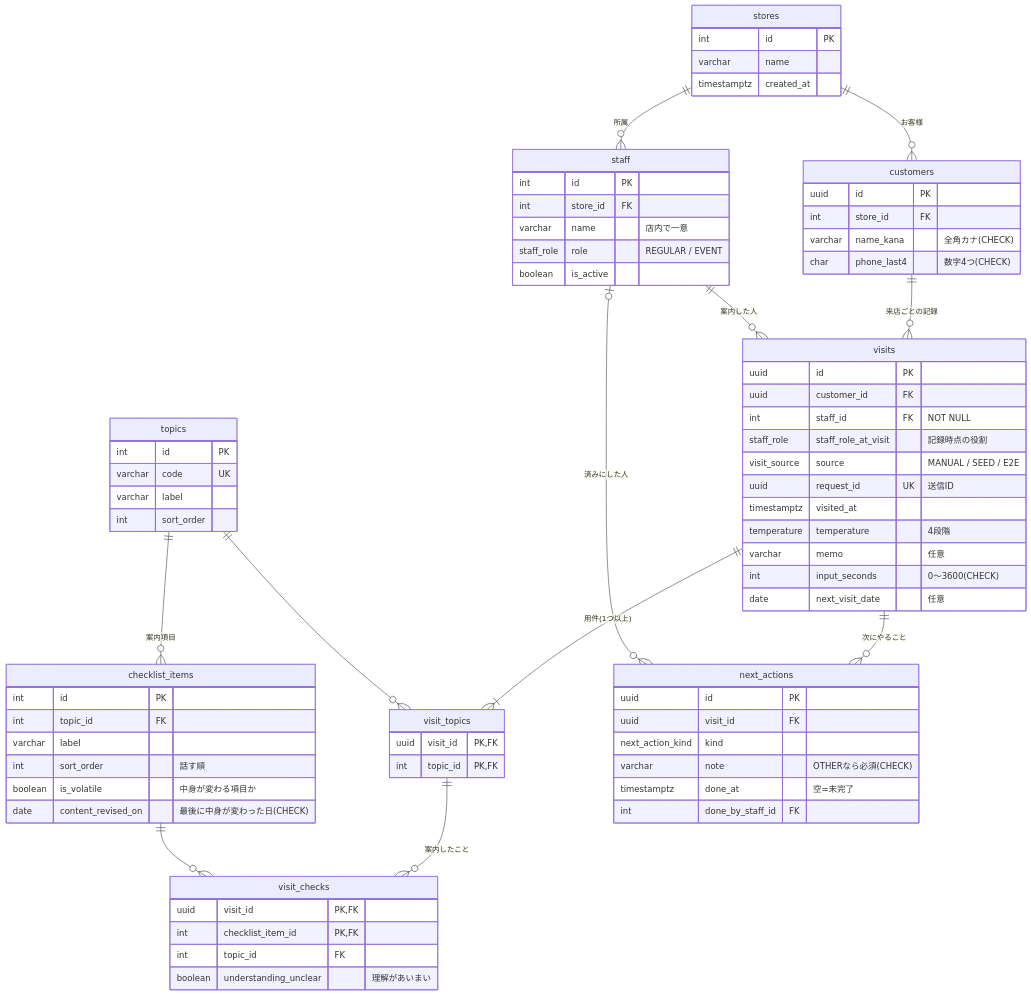
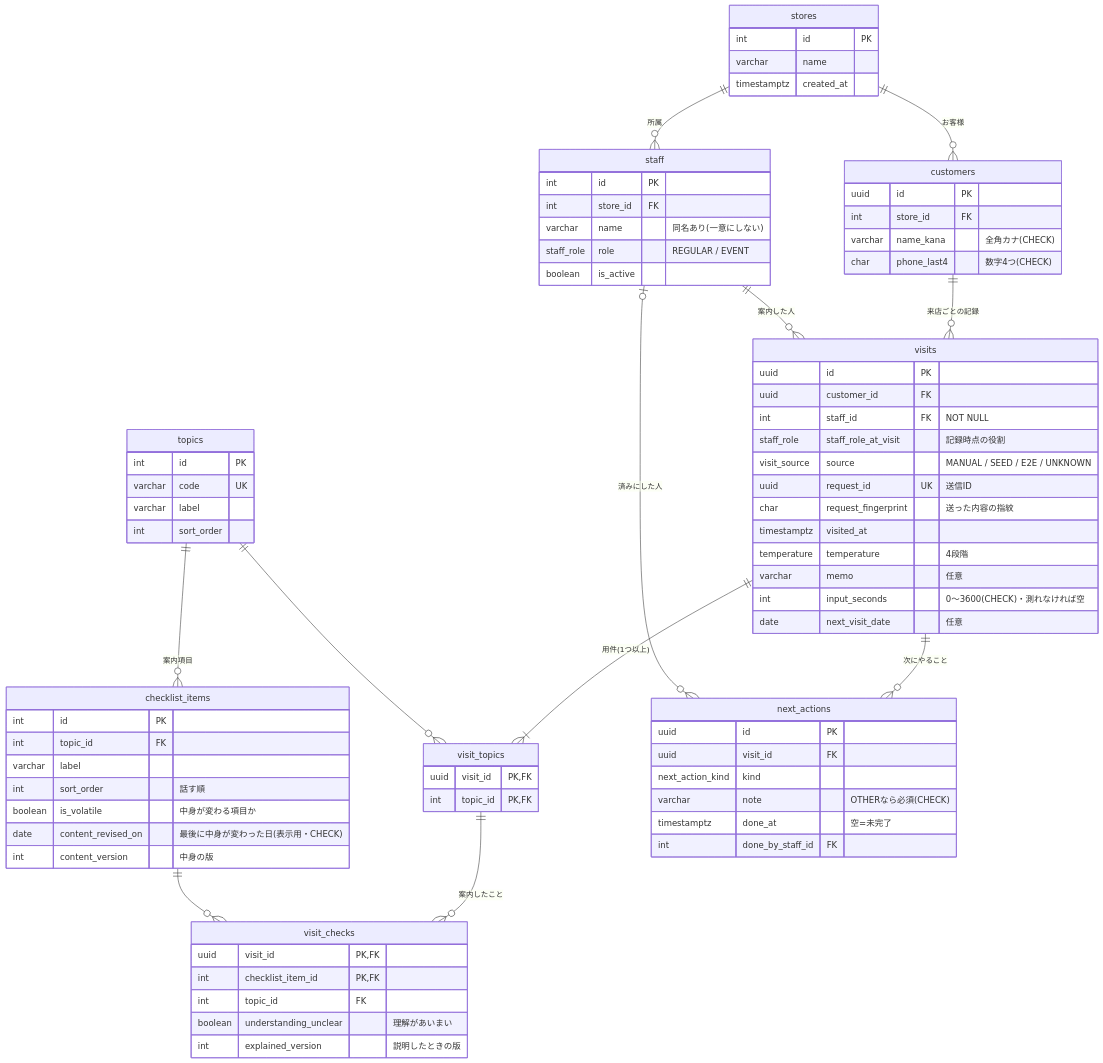
One commit to TsuIwa/uriba-baton changed the diagram in docs/03_DB設計.md. Above: the diagram before and after it, drawn with Mermaid. The commit also changed other lines of this file and 7 other files, not shown here.

````diff
--- a/docs/03_DB設計.md
+++ b/docs/03_DB設計.md
@@ -8,78 +8,81 @@
 ```mermaid
 erDiagram
   stores ||--o{ staff : "所属"
   stores ||--o{ customers : "お客様"
   customers ||--o{ visits : "来店ごとの記録"
   staff ||--o{ visits : "案内した人"
   visits ||--|{ visit_topics : "用件(1つ以上)"
   topics ||--o{ visit_topics : ""
   topics ||--o{ checklist_items : "案内項目"
   visit_topics ||--o{ visit_checks : "案内したこと"
   checklist_items ||--o{ visit_checks : ""
   visits ||--o{ next_actions : "次にやること"
   staff |o--o{ next_actions : "済みにした人"
 
   stores {
     int id PK
     varchar name
     timestamptz created_at
   }
   staff {
     int id PK
     int store_id FK
-    varchar name "店内で一意"
+    varchar name "同名あり(一意にしない)"
     staff_role role "REGULAR / EVENT"
     boolean is_active
   }
   customers {
     uuid id PK
     int store_id FK
     varchar name_kana "全角カナ(CHECK)"
     char phone_last4 "数字4つ(CHECK)"
   }
   visits {
     uuid id PK
     uuid customer_id FK
     int staff_id FK "NOT NULL"
     staff_role staff_role_at_visit "記録時点の役割"
-    visit_source source "MANUAL / SEED / E2E"
+    visit_source source "MANUAL / SEED / E2E / UNKNOWN"
     uuid request_id UK "送信ID"
+    char request_fingerprint "送った内容の指紋"
     timestamptz visited_at
     temperature temperature "4段階"
     varchar memo "任意"
-    int input_seconds "0〜3600(CHECK)"
+    int input_seconds "0〜3600(CHECK)・測れなければ空"
     date next_visit_date "任意"
   }
   topics {
     int id PK
     varchar code UK
     varchar label
     int sort_order
   }
   checklist_items {
     int id PK
     int topic_id FK
     varchar label
     int sort_order "話す順"
     boolean is_volatile "中身が変わる項目か"
-    date content_revised_on "最後に中身が変わった日(CHECK)"
+    date content_revised_on "最後に中身が変わった日(表示用・CHECK)"
+    int content_version "中身の版"
   }
   visit_topics {
     uuid visit_id PK, FK
     int topic_id PK, FK
   }
   visit_checks {
     uuid visit_id PK, FK
     int checklist_item_id PK, FK
     int topic_id FK
     boolean understanding_unclear "理解があいまい"
+    int explained_version "説明したときの版"
   }
   next_actions {
     uuid id PK
     uuid visit_id FK
     next_action_kind kind
     varchar note "OTHERなら必須(CHECK)"
     timestamptz done_at "空=未完了"
     int done_by_staff_id FK
   }
 ```
````
